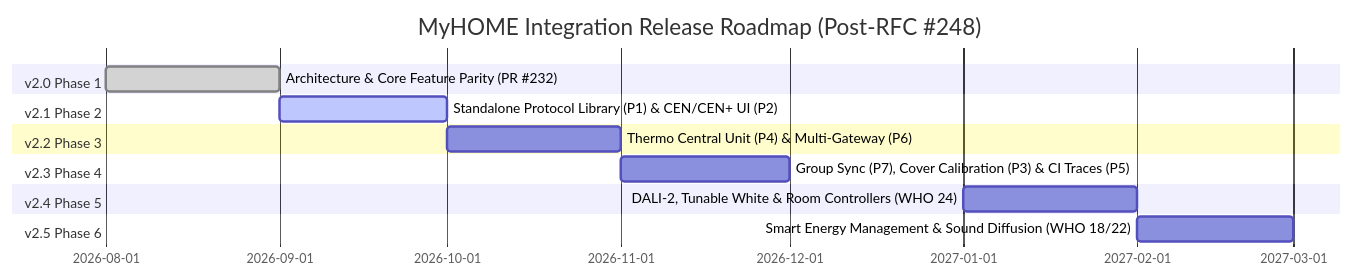
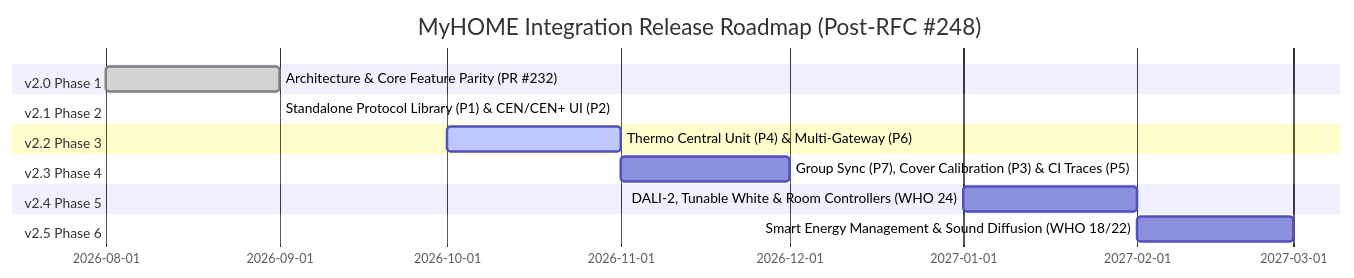
Before and after one commit to DinoMesina/MyHOME: the diagram in ROADMAP.md, drawn with Mermaid. The commit also changed other lines of this file and 13 other files, not shown here.

````diff
--- a/ROADMAP.md
+++ b/ROADMAP.md
@@ -11,17 +11,17 @@
 ```mermaid
 gantt
     title MyHOME Integration Release Roadmap (Post-RFC #248)
     dateFormat  YYYY-MM
     section v2.0 Phase 1
     Architecture & Core Feature Parity (PR #232)           :done, 2026-08, 2026-09
     section v2.1 Phase 2
-    Standalone Protocol Library (P1) & CEN/CEN+ UI (P2)    :active, 2026-09, 2026-10
+    Standalone Protocol Library (P1) & CEN/CEN+ UI (P2)    :done, 2026-09, 2026-09
     section v2.2 Phase 3
-    Thermo Central Unit (P4) & Multi-Gateway (P6)         : 2026-10, 2026-11
+    Thermo Central Unit (P4) & Multi-Gateway (P6)         :active, 2026-10, 2026-11
     section v2.3 Phase 4
     Group Sync (P7), Cover Calibration (P3) & CI Traces (P5): 2026-11, 2026-12
     section v2.4 Phase 5
     DALI-2, Tunable White & Room Controllers (WHO 24)      : 2027-01, 2027-02
     section v2.5 Phase 6
     Smart Energy Management & Sound Diffusion (WHO 18/22)  : 2027-02, 2027-03
 ```
````
